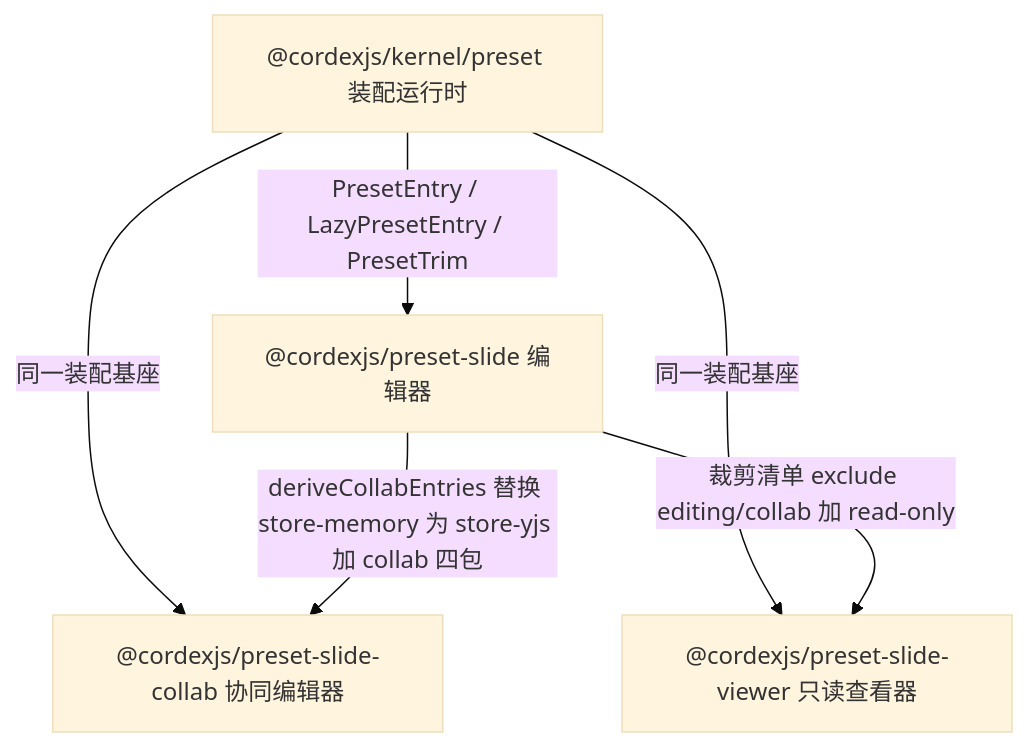
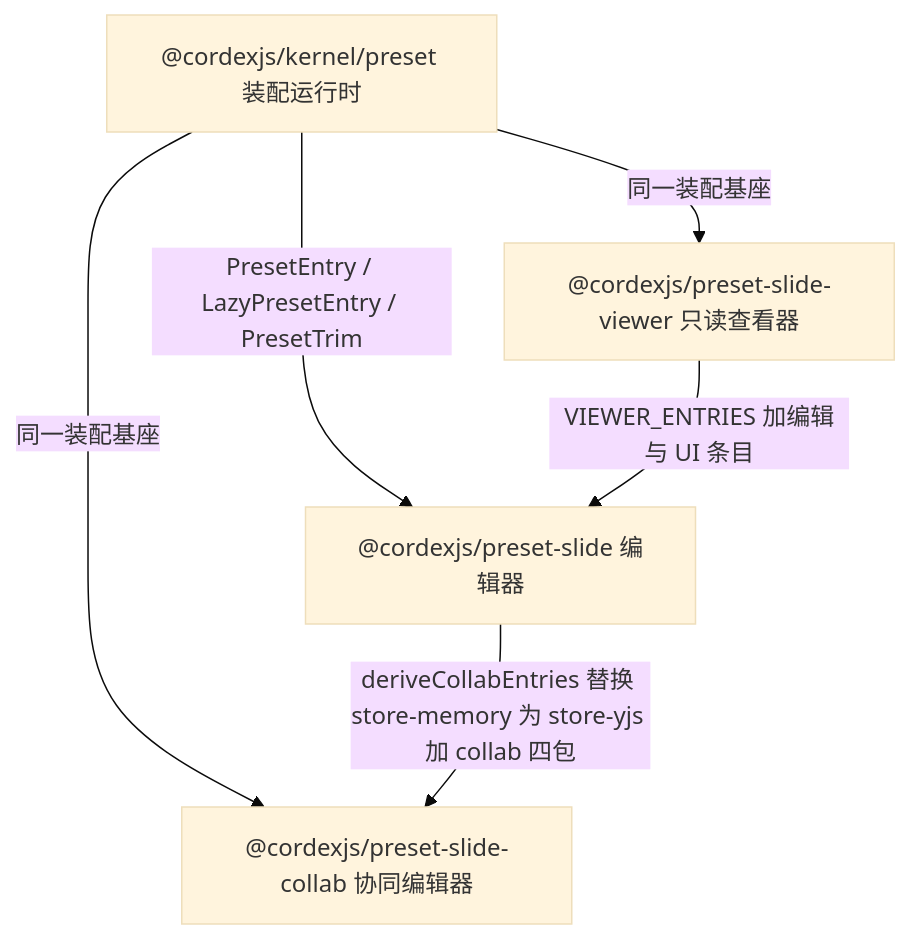
Before and after one commit to Xeonice/cordis-ppt-editor: the second of 8 diagrams in docs/40-modules/11-preset-assembly-and-app-shell.md, drawn with Mermaid (base theme). The commit also changed other lines of this file and 22 other files, not shown here.

First line of the commit message:
docs(modules): 新增架构图集 18/19，补图并按 §4.18 回写模块设计线

````diff
--- a/docs/40-modules/11-preset-assembly-and-app-shell.md
+++ b/docs/40-modules/11-preset-assembly-and-app-shell.md
@@ -116,12 +116,12 @@
 ```mermaid
 flowchart TB
 kernelPreset["@cordexjs/kernel/preset 装配运行时"]
 presetSlide["@cordexjs/preset-slide 编辑器"]
 presetCollab["@cordexjs/preset-slide-collab 协同编辑器"]
 presetViewer["@cordexjs/preset-slide-viewer 只读查看器"]
 kernelPreset -- "PresetEntry / LazyPresetEntry / PresetTrim" --> presetSlide
 kernelPreset -- "同一装配基座" --> presetCollab
 kernelPreset -- "同一装配基座" --> presetViewer
+presetViewer -- "VIEWER_ENTRIES 加编辑与 UI 条目" --> presetSlide
 presetSlide -- "deriveCollabEntries 替换 store-memory 为 store-yjs 加 collab 四包" --> presetCollab
-presetSlide -- "裁剪清单 exclude editing/collab 加 read-only" --> presetViewer
 ```
````
